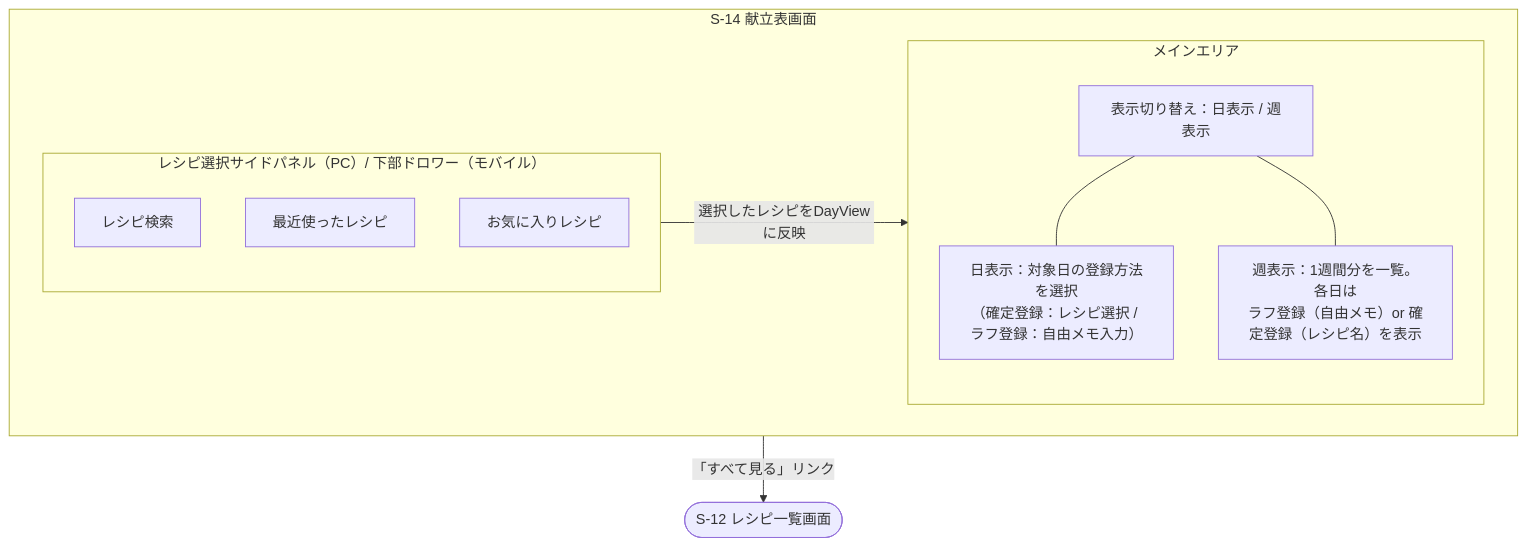
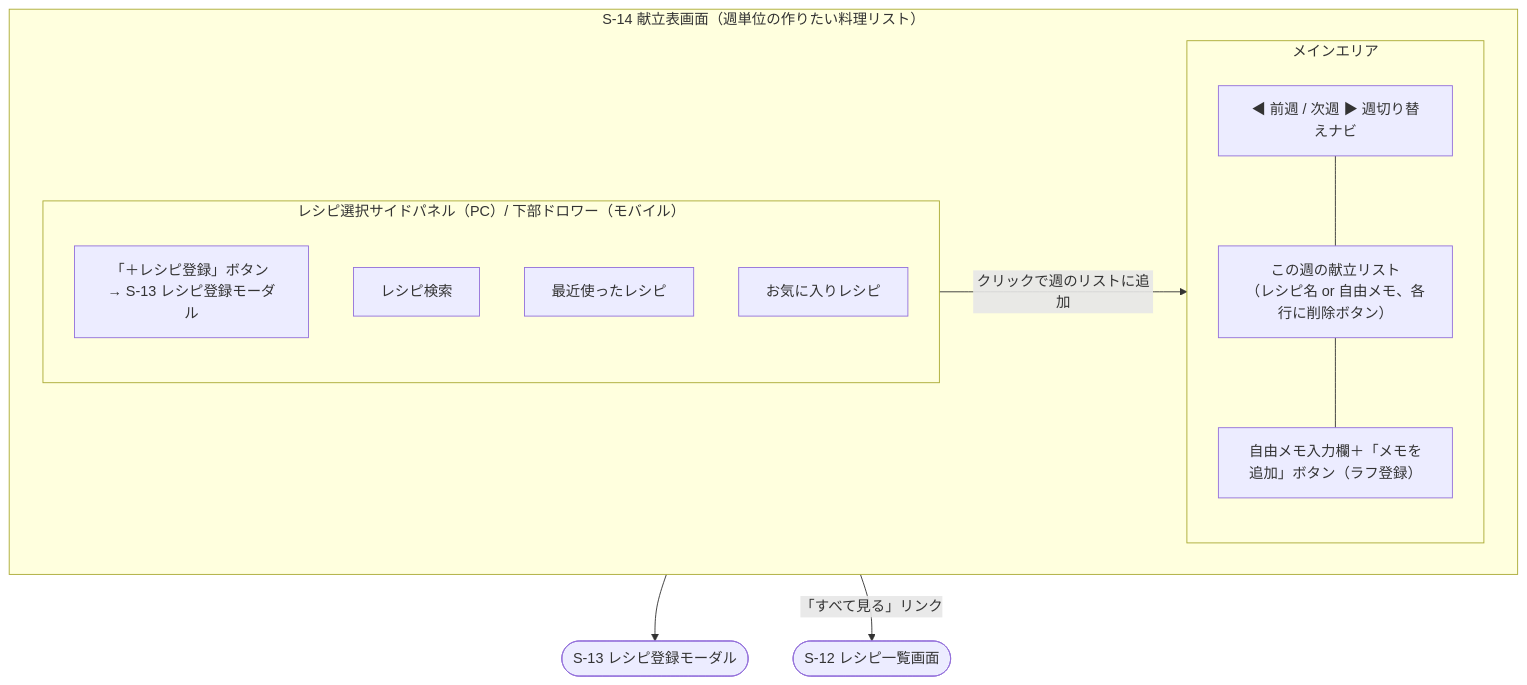
Before and after one commit to yamamotonaoki3/HomeLog: diagram 13 of 18 in docs/details/wireframes.md, drawn with Mermaid. The commit also changed other lines of this file and 22 other files, not shown here.

````diff
--- a/docs/details/wireframes.md
+++ b/docs/details/wireframes.md
@@ -537,22 +584,23 @@
 ```mermaid
 flowchart TD
-    subgraph Screen["S-14 献立表画面"]
+    subgraph Screen["S-14 献立表画面（週単位の作りたい料理リスト）"]
         direction LR
         subgraph MainArea["メインエリア"]
             direction TB
-            ViewToggle["表示切り替え：日表示 / 週表示"]
-            WeekView["週表示：1週間分を一覧。各日は\nラフ登録（自由メモ）or 確定登録（レシピ名）を表示"]
-            DayView["日表示：対象日の登録方法を選択\n（確定登録：レシピ選択 / ラフ登録：自由メモ入力）"]
+            WeekNav["◀ 前週 / 次週 ▶ 週切り替えナビ"]
+            MenuList["この週の献立リスト\n（レシピ名 or 自由メモ、各行に削除ボタン）"]
+            MemoAdd["自由メモ入力欄＋「メモを追加」ボタン（ラフ登録）"]
         end
         subgraph RecipePanel["レシピ選択サイドパネル（PC）/ 下部ドロワー（モバイル）"]
             direction TB
+            AddRecipeBtn["「＋レシピ登録」ボタン → S-13 レシピ登録モーダル"]
             Search["レシピ検索"]
             Recent["最近使ったレシピ"]
             Favorite["お気に入りレシピ"]
         end
     end
-    ViewToggle --- DayView
-    ViewToggle --- WeekView
-    RecipePanel -- 選択したレシピをDayViewに反映 --> DayView
+    WeekNav --- MenuList --- MemoAdd
+    RecipePanel -- クリックで週のリストに追加 --> MenuList
+    AddRecipeBtn --> S13(["S-13 レシピ登録モーダル"])
     RecipePanel -- 「すべて見る」リンク --> S12(["S-12 レシピ一覧画面"])
 ```
````
